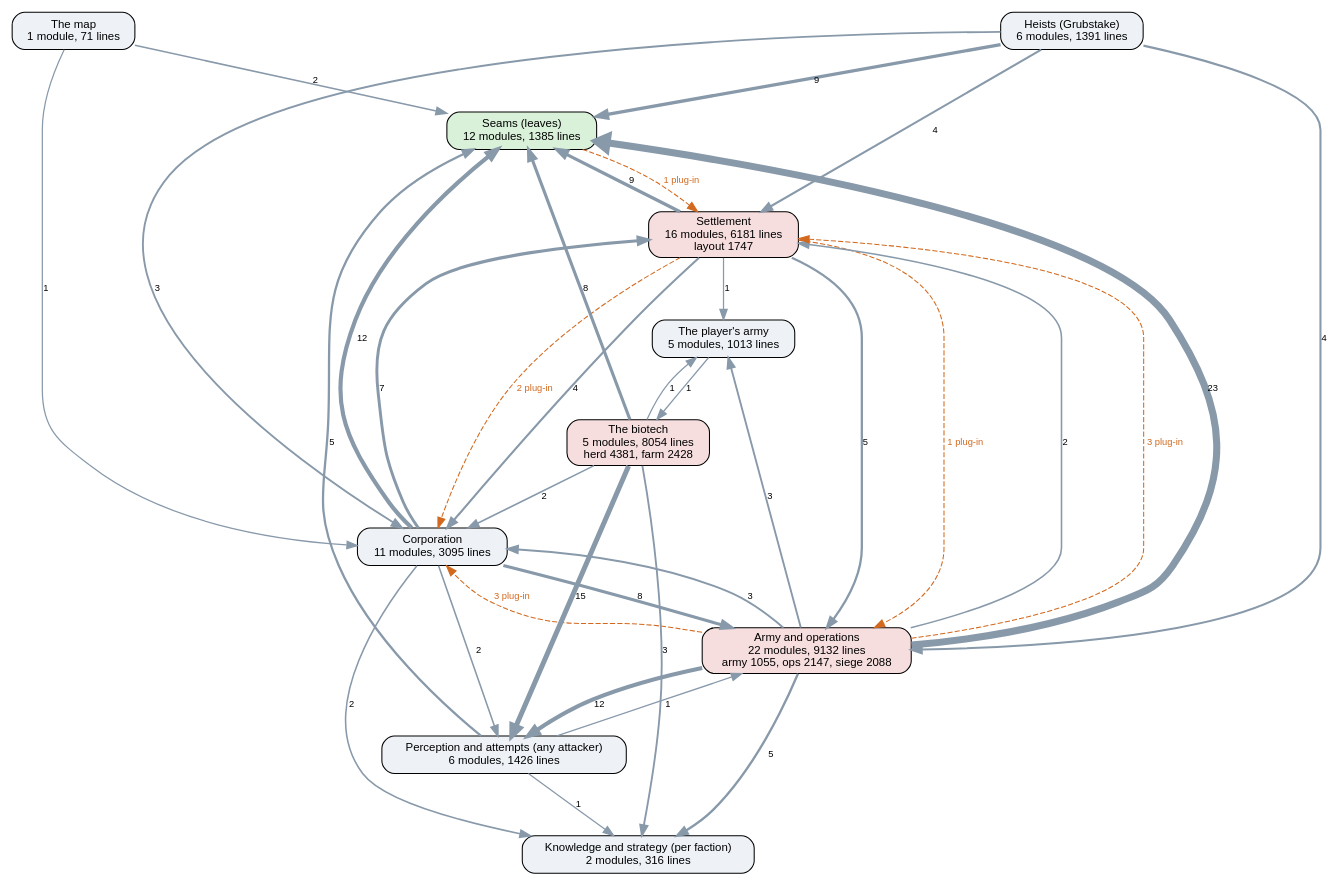
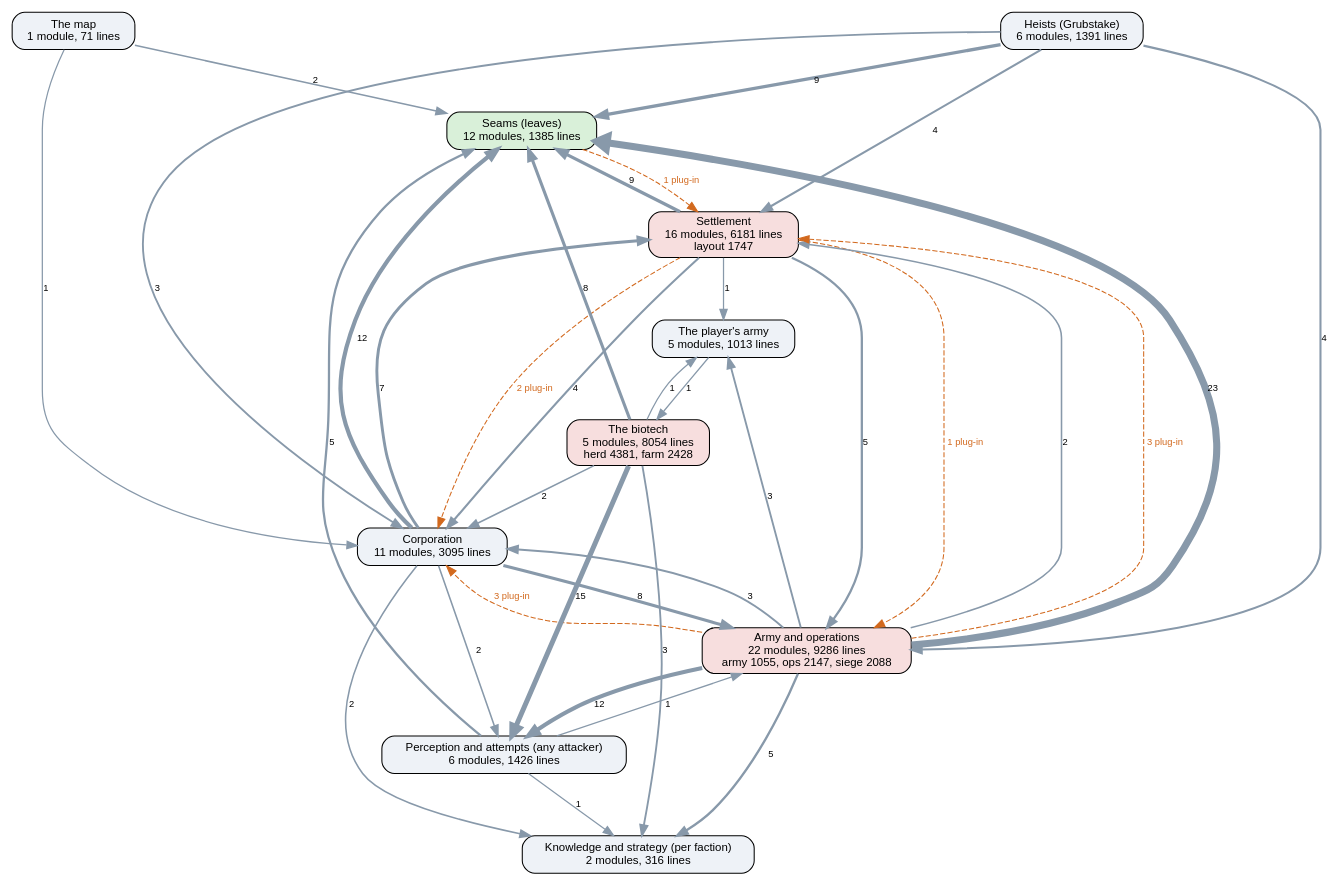
One commit to kinelhu/landing-party changed the diagram in docs/ai-layers.dot. Above: the diagram before and after it, drawn with Graphviz. The commit also changed 39 other files, not shown here.

```diff
--- a/docs/ai-layers.dot
+++ b/docs/ai-layers.dot
@@ -1,50 +1,50 @@
 digraph layers {
   graph [rankdir=TB, fontname="Helvetica", nodesep=0.5, ranksep=0.7];
   node [shape=box, style="rounded,filled", fontname="Helvetica", fontsize=11, fillcolor="#eef2f7"];
   edge [color="#8899aa", fontname="Helvetica", fontsize=9];
   "Seams (leaves)" [label="Seams (leaves)\n12 modules, 1385 lines", fillcolor="#d9f0d9"];
   "Perception and attempts (any attacker)" [label="Perception and attempts (any attacker)\n6 modules, 1426 lines", fillcolor="#eef2f7"];
   "Knowledge and strategy (per faction)" [label="Knowledge and strategy (per faction)\n2 modules, 316 lines", fillcolor="#eef2f7"];
   "Corporation" [label="Corporation\n11 modules, 3095 lines", fillcolor="#eef2f7"];
   "Settlement" [label="Settlement\n16 modules, 6181 lines\nlayout 1747", fillcolor="#f7dede"];
-  "Army and operations" [label="Army and operations\n22 modules, 9132 lines\narmy 1055, ops 2147, siege 2088", fillcolor="#f7dede"];
+  "Army and operations" [label="Army and operations\n22 modules, 9286 lines\narmy 1055, ops 2147, siege 2088", fillcolor="#f7dede"];
   "Heists (Grubstake)" [label="Heists (Grubstake)\n6 modules, 1391 lines", fillcolor="#eef2f7"];
   "The biotech" [label="The biotech\n5 modules, 8054 lines\nherd 4381, farm 2428", fillcolor="#f7dede"];
   "The map" [label="The map\n1 module, 71 lines", fillcolor="#eef2f7"];
   "The player's army" [label="The player's army\n5 modules, 1013 lines", fillcolor="#eef2f7"];
   "Army and operations" -> "Corporation" [label="3", penwidth=1.8];
   "Army and operations" -> "Knowledge and strategy (per faction)" [label="5", penwidth=2.2];
   "Army and operations" -> "Perception and attempts (any attacker)" [label="12", penwidth=4.0];
   "Army and operations" -> "Seams (leaves)" [label="23", penwidth=6.8];
   "Army and operations" -> "Settlement" [label="2", penwidth=1.5];
   "Army and operations" -> "The player's army" [label="3", penwidth=1.8];
   "Corporation" -> "Army and operations" [label="8", penwidth=3.0];
   "Corporation" -> "Knowledge and strategy (per faction)" [label="2", penwidth=1.5];
   "Corporation" -> "Perception and attempts (any attacker)" [label="2", penwidth=1.5];
   "Corporation" -> "Seams (leaves)" [label="12", penwidth=4.0];
   "Corporation" -> "Settlement" [label="7", penwidth=2.8];
   "Heists (Grubstake)" -> "Army and operations" [label="4", penwidth=2.0];
   "Heists (Grubstake)" -> "Corporation" [label="3", penwidth=1.8];
   "Heists (Grubstake)" -> "Seams (leaves)" [label="9", penwidth=3.2];
   "Heists (Grubstake)" -> "Settlement" [label="4", penwidth=2.0];
   "Perception and attempts (any attacker)" -> "Army and operations" [label="1", penwidth=1.2];
   "Perception and attempts (any attacker)" -> "Knowledge and strategy (per faction)" [label="1", penwidth=1.2];
   "Perception and attempts (any attacker)" -> "Seams (leaves)" [label="5", penwidth=2.2];
   "Settlement" -> "Army and operations" [label="5", penwidth=2.2];
   "Settlement" -> "Corporation" [label="4", penwidth=2.0];
   "Settlement" -> "Seams (leaves)" [label="9", penwidth=3.2];
   "Settlement" -> "The player's army" [label="1", penwidth=1.2];
   "The biotech" -> "Corporation" [label="2", penwidth=1.5];
   "The biotech" -> "Knowledge and strategy (per faction)" [label="3", penwidth=1.8];
   "The biotech" -> "Perception and attempts (any attacker)" [label="15", penwidth=4.8];
   "The biotech" -> "Seams (leaves)" [label="8", penwidth=3.0];
   "The biotech" -> "The player's army" [label="1", penwidth=1.2];
   "The map" -> "Corporation" [label="1", penwidth=1.2];
   "The map" -> "Seams (leaves)" [label="2", penwidth=1.5];
   "The player's army" -> "The biotech" [label="1", penwidth=1.2];
   "Army and operations" -> "Corporation" [style=dashed, color="#d2691e", fontcolor="#d2691e", label="3 plug-in"];
   "Army and operations" -> "Settlement" [style=dashed, color="#d2691e", fontcolor="#d2691e", label="3 plug-in"];
   "Seams (leaves)" -> "Settlement" [style=dashed, color="#d2691e", fontcolor="#d2691e", label="1 plug-in"];
   "Settlement" -> "Army and operations" [style=dashed, color="#d2691e", fontcolor="#d2691e", label="1 plug-in"];
   "Settlement" -> "Corporation" [style=dashed, color="#d2691e", fontcolor="#d2691e", label="2 plug-in"];
 }
```
